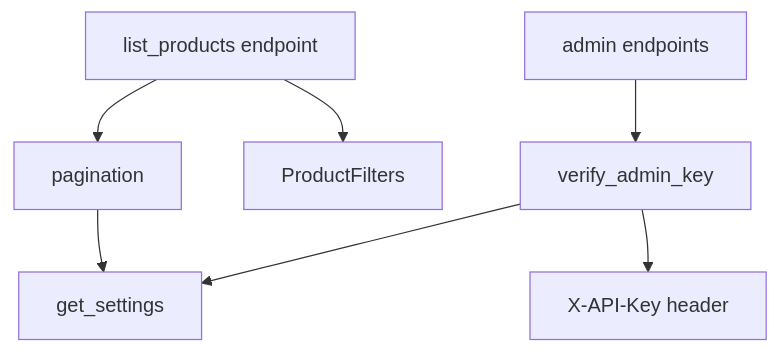
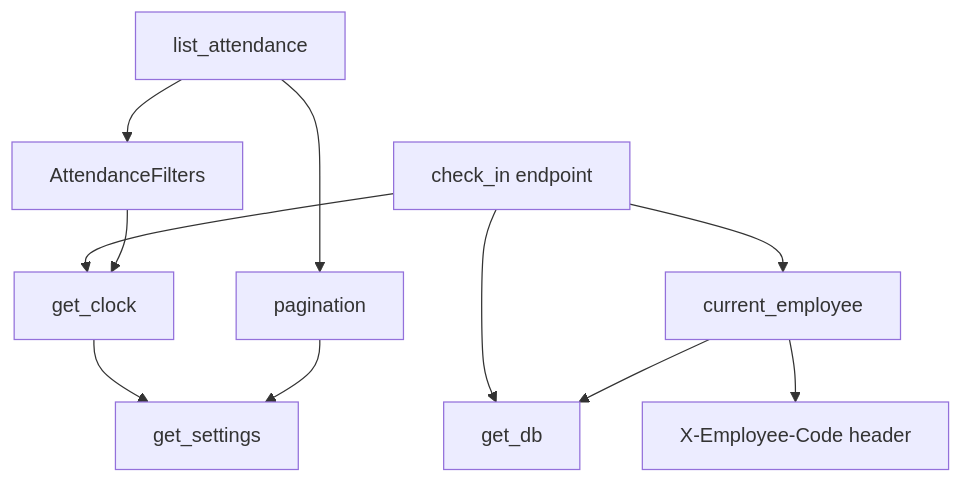
Before and after one commit to kyedumati/KASI-FULLSTACK-MATERIAL: the diagram in docs/python/fastapi/09-dependencies-and-settings.md, drawn with Mermaid. The commit also changed other lines of this file and 17 other files, not shown here.

````diff
--- a/docs/python/fastapi/09-dependencies-and-settings.md
+++ b/docs/python/fastapi/09-dependencies-and-settings.md
@@ -314,9 +621,13 @@
 ```mermaid
 flowchart TD
-  E["list_products endpoint"] --> P["pagination"]
-  E --> F["ProductFilters"]
-  P --> S["get_settings"]
-  A["admin endpoints"] --> V["verify_admin_key"]
-  V --> S
-  V --> H["X-API-Key header"]
+  E["check_in endpoint"] --> C["current_employee"]
+  E --> K["get_clock"]
+  E --> D["get_db"]
+  C --> D
+  C --> H["X-Employee-Code header"]
+  K --> S["get_settings"]
+  L["list_attendance"] --> F["AttendanceFilters"]
+  L --> P["pagination"]
+  F --> K
+  P --> S
 ```
````
